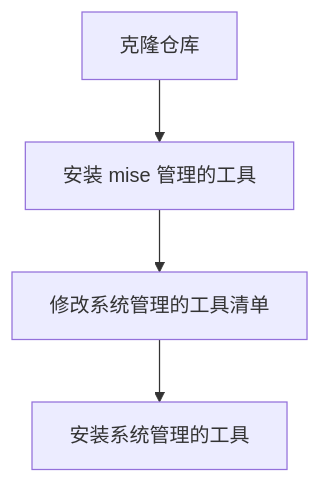
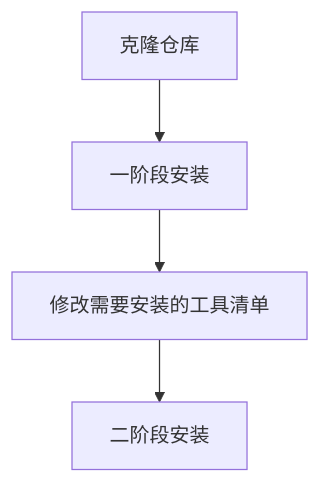
The second of 4 diagrams in .docs/BOOTSTRAP.md (Juemuren/.dotfiles), drawn with Mermaid before and after one commit. The commit also changed 9 other files, not shown here.

````diff
--- a/.docs/BOOTSTRAP.md
+++ b/.docs/BOOTSTRAP.md
@@ -41,7 +41,7 @@
 ```mermaid
 flowchart TD
   T0["克隆仓库"]
-    --> T1["安装 mise 管理的工具"]
-    --> T2["修改系统管理的工具清单"]
-    --> T3["安装系统管理的工具"]
+    --> T1["一阶段安装"]
+    --> T2["修改需要安装的工具清单"]
+    --> T3["二阶段安装"]
 ```
````
